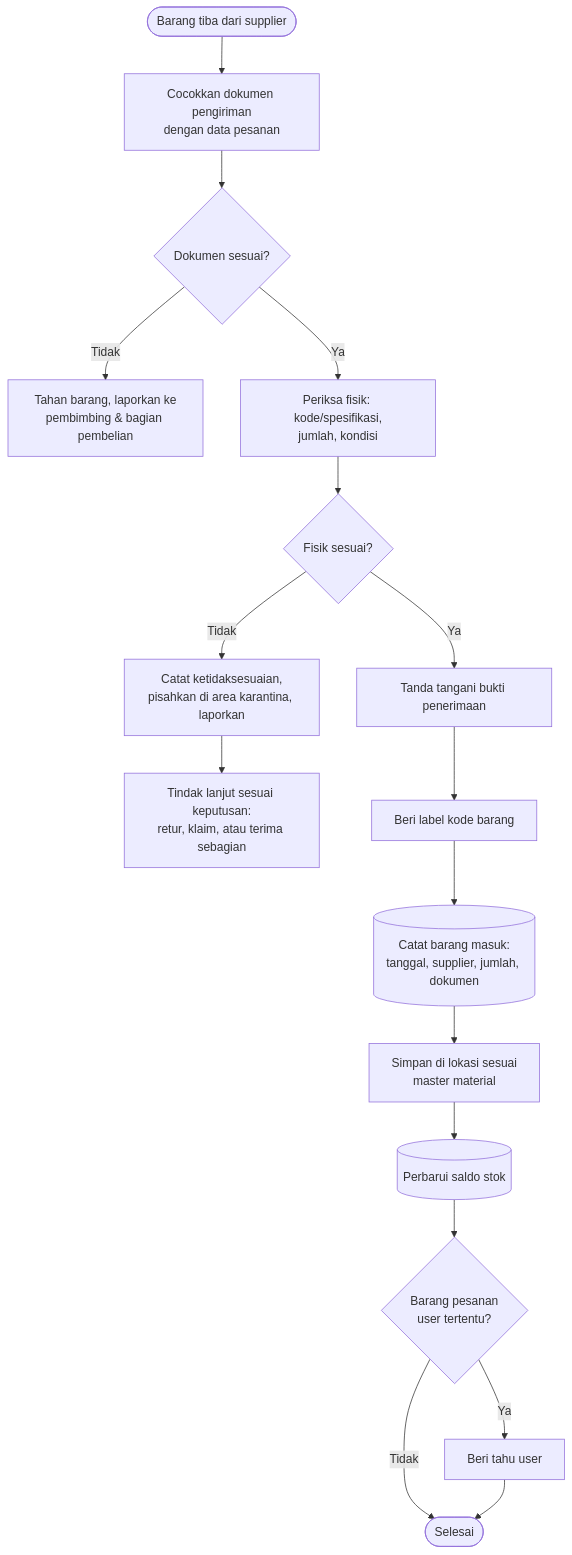
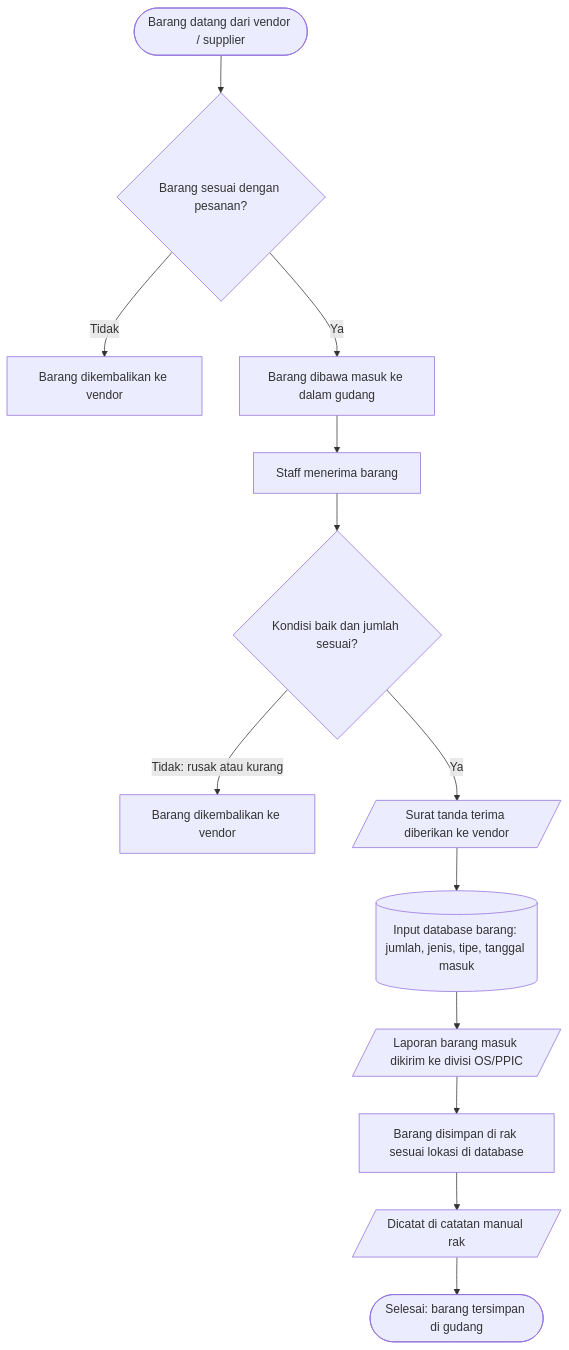
The diagram in docs/alur-kerja/barang-masuk.md (Hwarinn66/WareHouse), drawn with Mermaid before and after one commit. The commit also changed other lines of this file and 60 other files, not shown here.

First line of the commit message:
Sederhanakan tampilan dan sesuaikan alur dengan Gudang Teknik (v0.2.0)

````diff
--- a/docs/alur-kerja/barang-masuk.md
+++ b/docs/alur-kerja/barang-masuk.md
@@ -30,21 +18,17 @@
 ```mermaid
 flowchart TD
-  accTitle: Alur barang masuk (draf)
-  accDescr: Barang tiba, dokumen dicocokkan dengan pesanan, fisik barang diperiksa, lalu barang yang sesuai diberi label, dicatat, disimpan, dan saldo diperbarui. Barang atau dokumen yang tidak sesuai dipisahkan dan dilaporkan.
-  A([Barang tiba dari supplier]) --> B[Cocokkan dokumen pengiriman<br/>dengan data pesanan]
-  B --> C{Dokumen sesuai?}
-  C -- Tidak --> X[Tahan barang, laporkan ke<br/>pembimbing & bagian pembelian]
-  C -- Ya --> D[Periksa fisik: kode/spesifikasi,<br/>jumlah, kondisi]
-  D --> E{Fisik sesuai?}
-  E -- Tidak --> Y[Catat ketidaksesuaian,<br/>pisahkan di area karantina, laporkan]
-  Y --> Z[Tindak lanjut sesuai keputusan:<br/>retur, klaim, atau terima sebagian]
-  E -- Ya --> F[Tanda tangani bukti penerimaan]
-  F --> G[Beri label kode barang]
-  G --> H[(Catat barang masuk:<br/>tanggal, supplier, jumlah, dokumen)]
-  H --> I[Simpan di lokasi sesuai<br/>master material]
-  I --> J[(Perbarui saldo stok)]
-  J --> K{Barang pesanan<br/>user tertentu?}
-  K -- Ya --> L[Beri tahu user]
-  K -- Tidak --> M([Selesai])
-  L --> M
+  accTitle: Flowchart alur barang masuk
+  accDescr: Barang datang dari vendor, dicek kesesuaiannya dengan pesanan, dibawa masuk dan diterima staff, lalu dicek kondisi dan jumlahnya. Jika lolos, surat tanda terima diberikan ke vendor, data diinput ke database, laporan dikirim ke OS/PPIC, barang disimpan di rak dan dicatat di catatan manual rak. Barang yang tidak lolos pengecekan dikembalikan ke vendor.
+  A(["Barang datang dari vendor / supplier"]):::vendor --> B{"Barang sesuai dengan pesanan?"}:::cek
+  B -- Tidak --> R1["Barang dikembalikan ke vendor"]:::tolak
+  B -- Ya --> C["Barang dibawa masuk ke dalam gudang"]:::staff
+  C --> D["Staff menerima barang"]:::staff
+  D --> E{"Kondisi baik dan jumlah sesuai?"}:::cek
+  E -- "Tidak: rusak atau kurang" --> R2["Barang dikembalikan ke vendor"]:::tolak
+  E -- Ya --> F[/"Surat tanda terima diberikan ke vendor"/]:::dokumen
+  F --> G[("Input database barang: jumlah, jenis, tipe, tanggal masuk")]:::sistem
+  G --> H[/"Laporan barang masuk dikirim ke divisi OS/PPIC"/]:::dokumen
+  H --> I["Barang disimpan di rak sesuai lokasi di database"]:::staff
+  I --> J[/"Dicatat di catatan manual rak"/]:::dokumen
+  J --> K(["Selesai: barang tersimpan di gudang"]):::selesai
 ```
````
